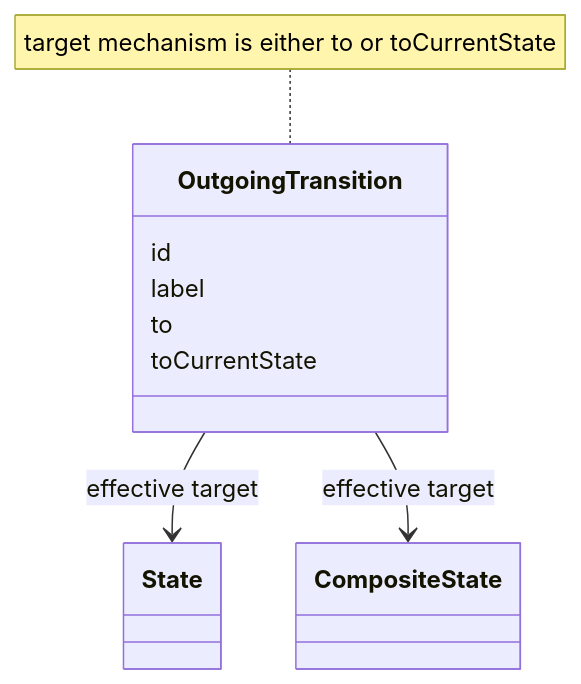
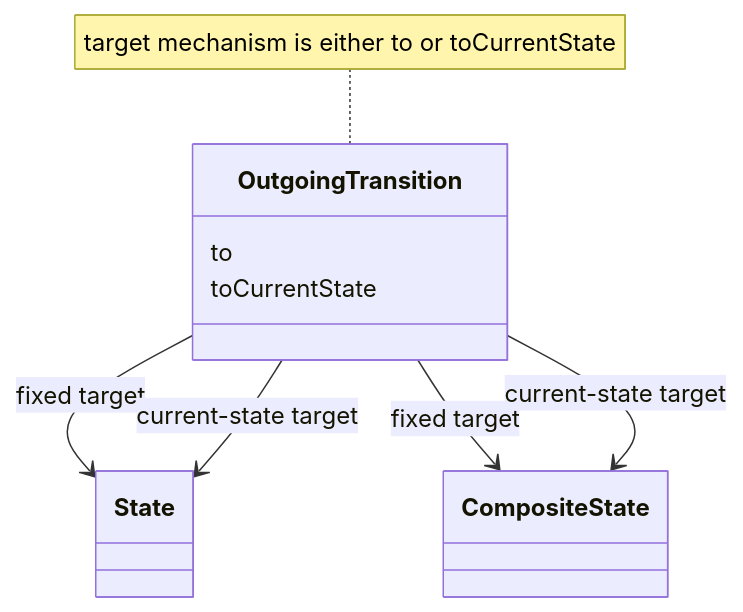
The tenth of 13 diagrams in specs/ed/graph/index.md (Bang2985/spec-ujg), drawn with Mermaid before and after one commit. The commit also changed other lines of this file and 61 other files, not shown here.

````diff
--- a/specs/ed/graph/index.md
+++ b/specs/ed/graph/index.md
@@ -863,15 +847,15 @@
 ```mermaid
 classDiagram
   class OutgoingTransition {
-    id
-    label
     to
     toCurrentState
   }
   class State
   class CompositeState
 
-  OutgoingTransition --> State : effective target
-  OutgoingTransition --> CompositeState : effective target
+  OutgoingTransition --> State : fixed target
+  OutgoingTransition --> CompositeState : fixed target
+  OutgoingTransition --> State : current-state target
+  OutgoingTransition --> CompositeState : current-state target
   note for OutgoingTransition "target mechanism is either to or toCurrentState"
 ```
````
